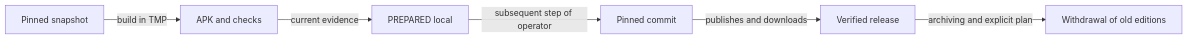
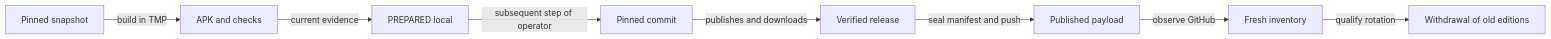
Before and after one commit to crististefanita/atf_j4: the diagram in docs/platform/ATF_ReleaseRetention.md, drawn with Mermaid. The commit also changed other lines of this file and 16 other files, not shown here.

Commit message:
fix(rag): seal published manifests and preflight local qualified tags

````diff
--- a/docs/platform/ATF_ReleaseRetention.md
+++ b/docs/platform/ATF_ReleaseRetention.md
@@ -58,8 +58,10 @@
 ```mermaid
 flowchart LR
     SOURCE[Pinned snapshot] -->|build in TMP| APK[APK and checks]
     APK -->|current evidence| LOCAL[PREPARED local]
     LOCAL -->|subsequent step of operator| BOUND[Pinned commit]
     BOUND -->|publishes and downloads| LIVE[Verified release]
-    LIVE -->|archiving and explicit plan| RETIRE[Withdrawal of old editions]
+    LIVE -->|seal manifest and push| SEALED[Published payload]
+    SEALED -->|observe GitHub| OBS[Fresh inventory]
+    OBS -->|qualify rotation| RETIRE[Withdrawal of old editions]
 ```
````
